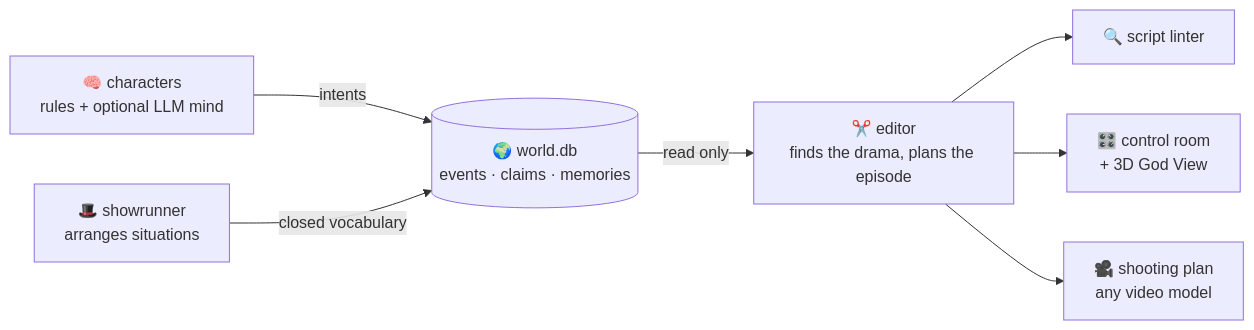
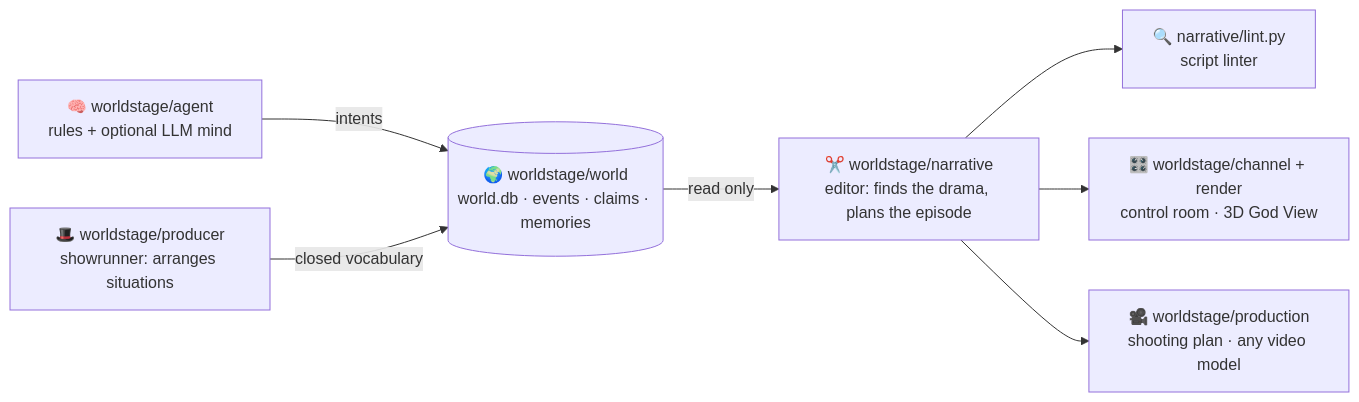
One commit to xbox002000/WorldStage changed the diagram in README.md. Above: the diagram before and after it, drawn with Mermaid. The commit also changed other lines of this file and 641 other files, not shown here.

````diff
--- a/README.md
+++ b/README.md
@@ -149,17 +151,17 @@
 ```mermaid
 flowchart LR
-    W[("🌍 world.db<br/>events · claims · memories")]
-    A["🧠 characters<br/>rules + optional LLM mind"]
-    P["🎩 showrunner<br/>arranges situations"]
-    N["✂️ editor<br/>finds the drama, plans the episode"]
-    L["🔍 script linter"]
-    C["🎛️ control room<br/>+ 3D God View"]
-    V["🎥 shooting plan<br/>any video model"]
+    W[("🌍 worldstage/world<br/>world.db · events · claims · memories")]
+    A["🧠 worldstage/agent<br/>rules + optional LLM mind"]
+    P["🎩 worldstage/producer<br/>showrunner: arranges situations"]
+    N["✂️ worldstage/narrative<br/>editor: finds the drama, plans the episode"]
+    L["🔍 narrative/lint.py<br/>script linter"]
+    C["🎛️ worldstage/channel + render<br/>control room · 3D God View"]
+    V["🎥 worldstage/production<br/>shooting plan · any video model"]
 
     A -- intents --> W
     P -- closed vocabulary --> W
     W -- read only --> N
     N --> L
     N --> C
     N --> V
 ```
````
